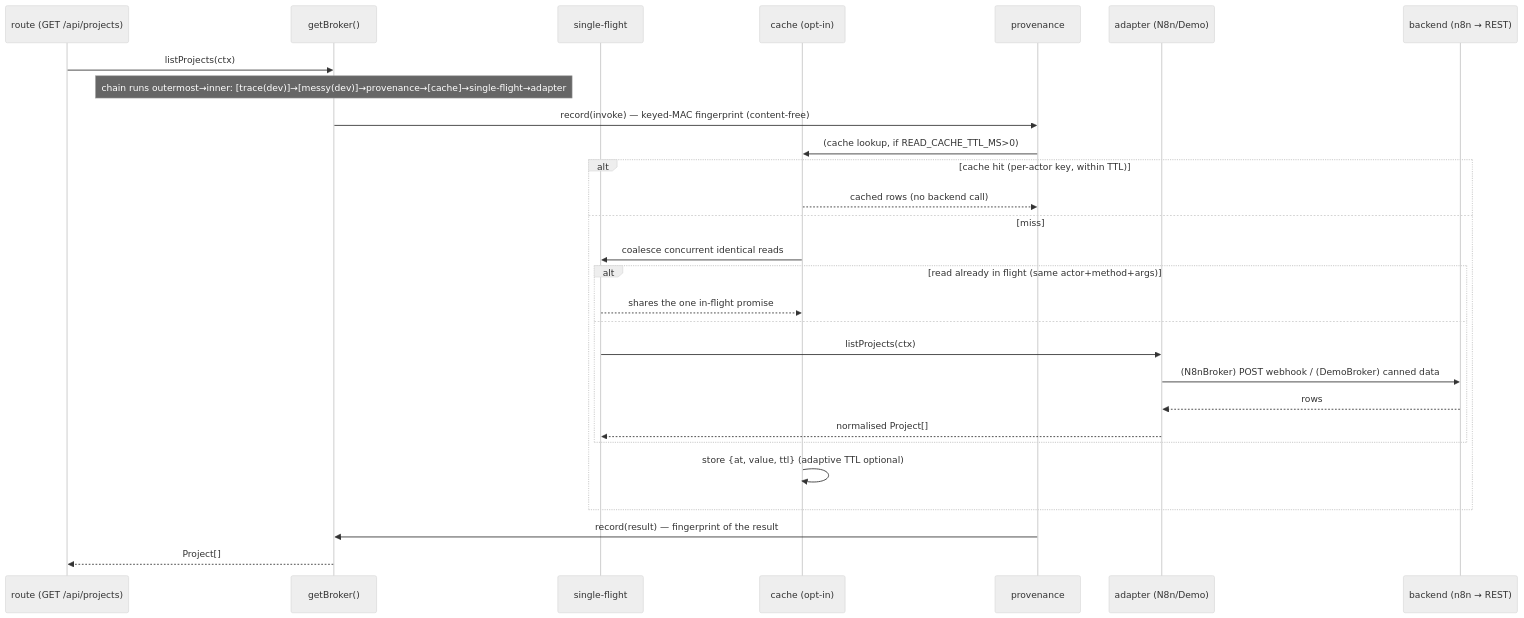
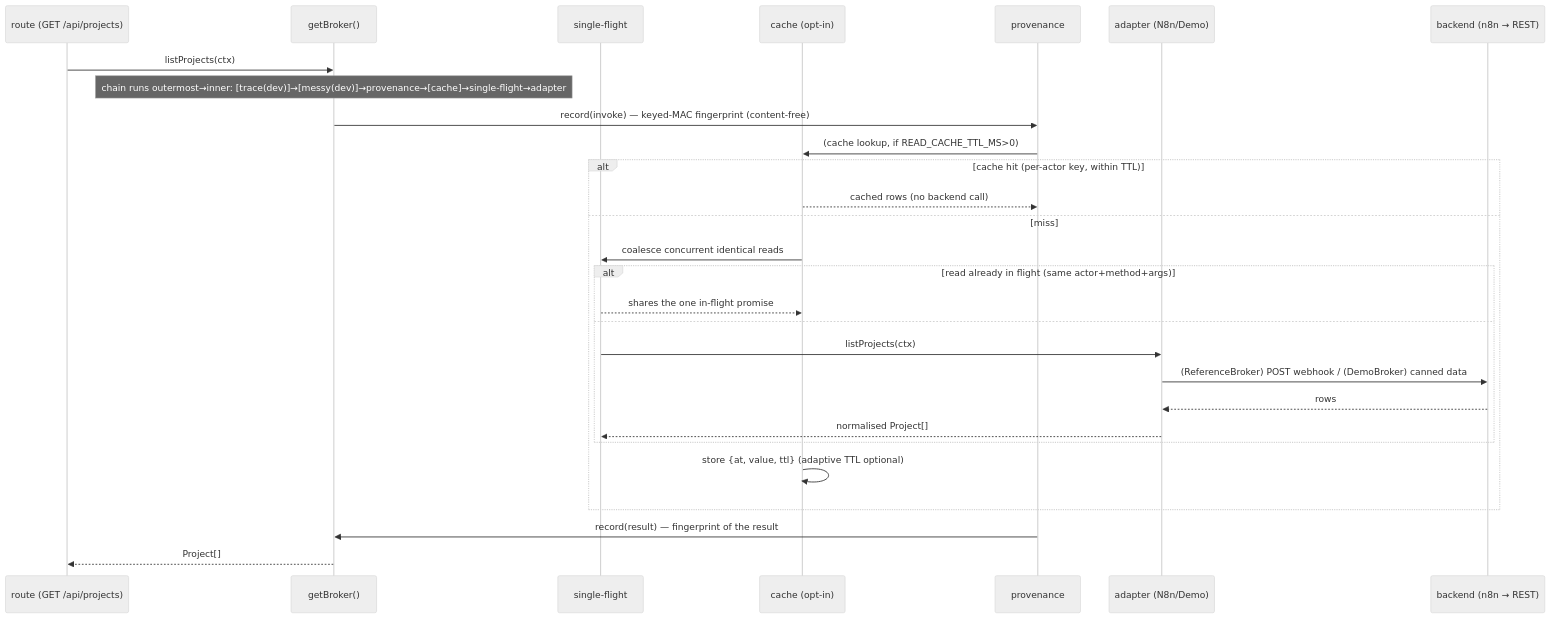
Before and after one commit to walshd1/Omniproject: the second of 7 diagrams in docs/SEQUENCES.md, drawn with Mermaid (neutral theme). The commit also changed other lines of this file and 21 other files, not shown here.

````diff
--- a/docs/SEQUENCES.md
+++ b/docs/SEQUENCES.md
@@ -100,31 +100,31 @@
 ```mermaid
 sequenceDiagram
   participant R as route (GET /api/projects)
   participant B as getBroker()
   participant SF as single-flight
   participant C as cache (opt-in)
   participant P as provenance
   participant A as adapter (N8n/Demo)
   participant BE as backend (n8n → REST)
 
   R->>B: listProjects(ctx)
   Note over B: chain runs outermost→inner: [trace(dev)]→[messy(dev)]→provenance→[cache]→single-flight→adapter
   B->>P: record(invoke) — keyed-MAC fingerprint (content-free)
   P->>C: (cache lookup, if READ_CACHE_TTL_MS>0)
   alt cache hit (per-actor key, within TTL)
     C-->>P: cached rows (no backend call)
   else miss
     C->>SF: coalesce concurrent identical reads
     alt read already in flight (same actor+method+args)
       SF-->>C: shares the one in-flight promise
     else
       SF->>A: listProjects(ctx)
-      A->>BE: (N8nBroker) POST webhook / (DemoBroker) canned data
+      A->>BE: (ReferenceBroker) POST webhook / (DemoBroker) canned data
       BE-->>A: rows
       A-->>SF: normalised Project[]
     end
     C->>C: store {at, value, ttl} (adaptive TTL optional)
   end
   P->>B: record(result) — fingerprint of the result
   B-->>R: Project[]
 ```
````
